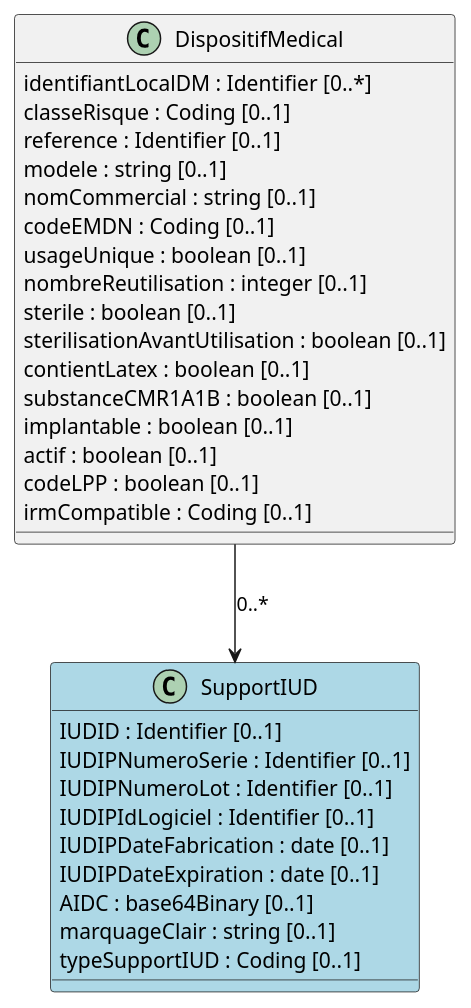
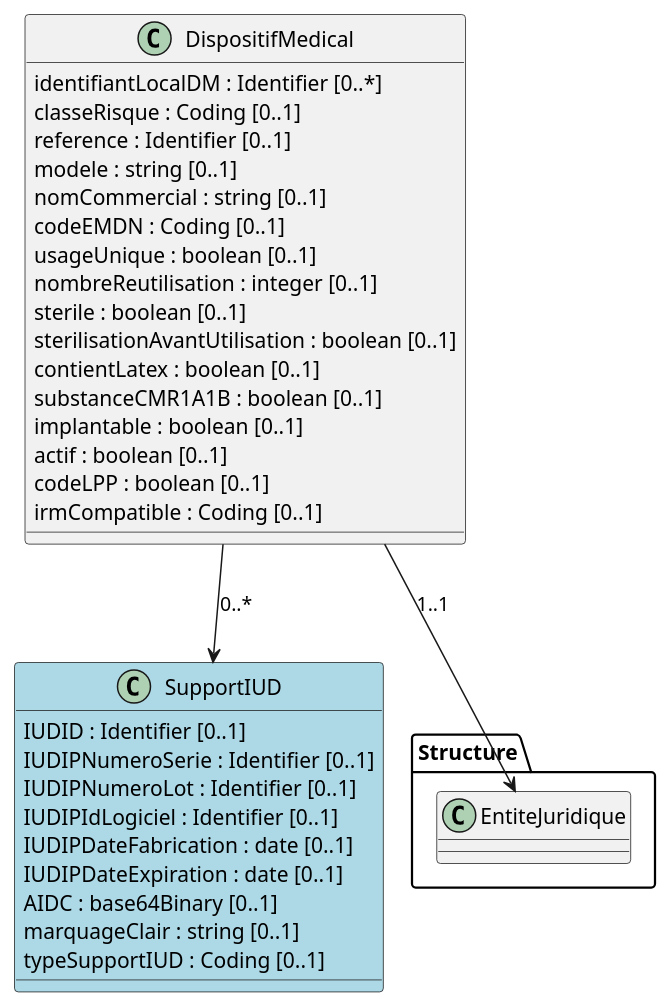
The diagram in input/images-source/Dispositif-medical.plantuml (ansforge/IG-modele-objets-sante), drawn with PlantUML before and after one commit. The commit also changed 53 other files, not shown here.

Commit message:
Diagramme avec Références

```diff
--- a/input/images-source/Dispositif-medical.plantuml
+++ b/input/images-source/Dispositif-medical.plantuml
@@ -1,36 +1,41 @@
 @startuml
 
 Class DispositifMedical {
   identifiantLocalDM : Identifier [0..*]
   classeRisque : Coding [0..1]
   reference : Identifier [0..1]
   modele : string [0..1]
   nomCommercial : string [0..1]
   codeEMDN : Coding [0..1]
   usageUnique : boolean [0..1]
   nombreReutilisation : integer [0..1]
   sterile : boolean [0..1]
   sterilisationAvantUtilisation : boolean [0..1]
   contientLatex : boolean [0..1]
   substanceCMR1A1B : boolean [0..1]
   implantable : boolean [0..1]
   actif : boolean [0..1]
   codeLPP : boolean [0..1]
   irmCompatible : Coding [0..1]
 }
 
 Class SupportIUD #LightBlue {
   IUDID : Identifier [0..1]
   IUDIPNumeroSerie : Identifier [0..1]
   IUDIPNumeroLot : Identifier [0..1]
   IUDIPIdLogiciel : Identifier [0..1]
   IUDIPDateFabrication : date [0..1]
   IUDIPDateExpiration : date [0..1]
   AIDC : base64Binary [0..1]
   marquageClair : string [0..1]
   typeSupportIUD : Coding [0..1]
 }
 
+
+package "Structure" {
+  Class EntiteJuridique
+}
+DispositifMedical --> EntiteJuridique : 1..1
 DispositifMedical --> SupportIUD : 0..*
 
 @enduml
```
